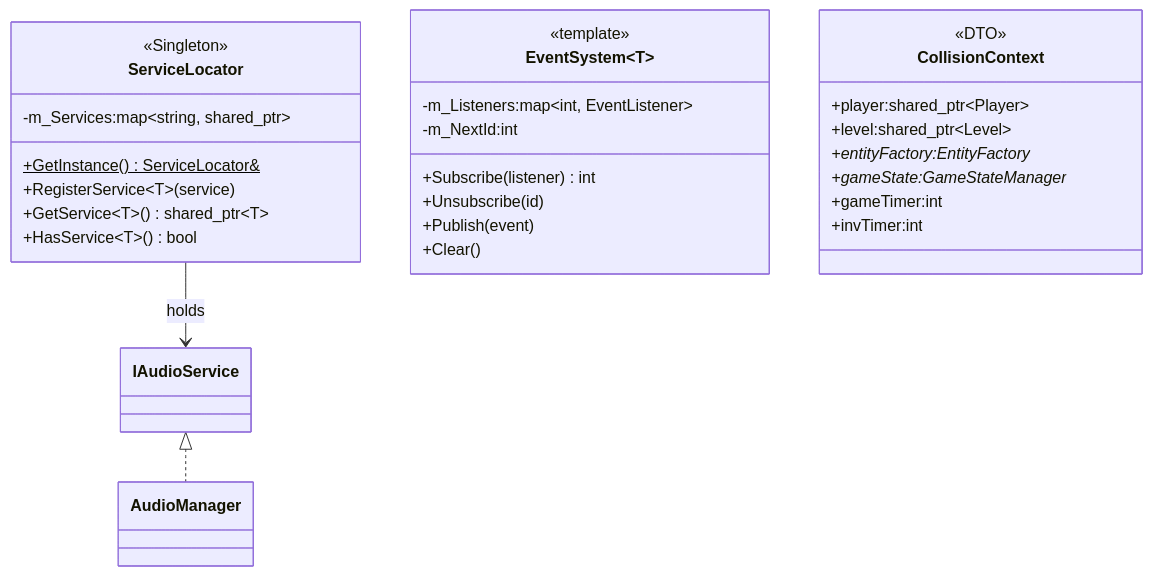
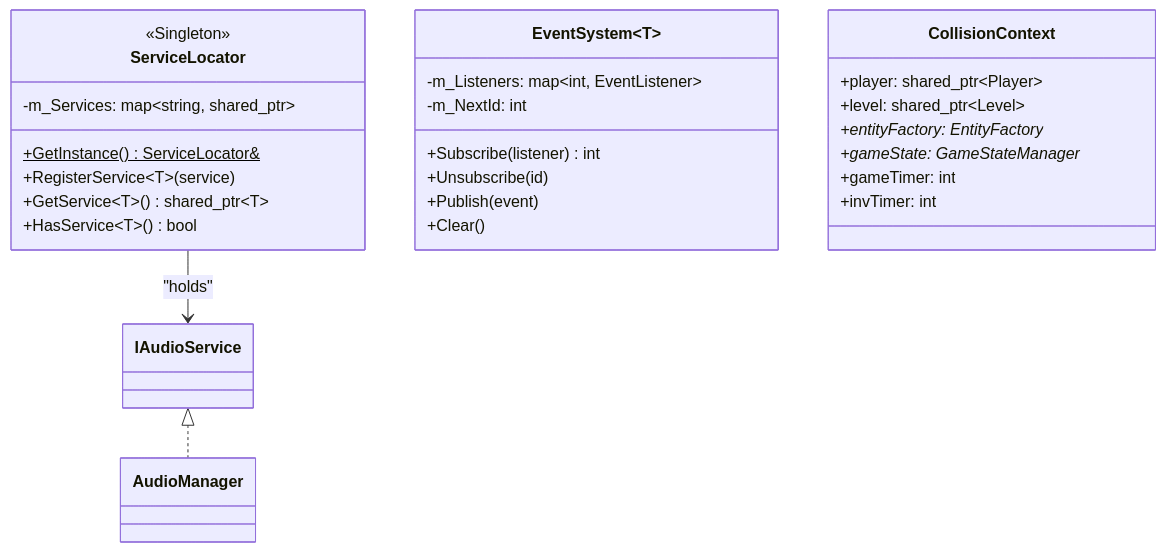
Before and after one commit to Andy87877/NTUT_OOPL_mario: the tenth of 23 diagrams in Constructure.md, drawn with Mermaid. The commit also changed other lines of this file, not shown here.

````diff
--- a/Constructure.md
+++ b/Constructure.md
@@ -728,36 +728,34 @@
 ```mermaid
 classDiagram
     direction TB
 
     class ServiceLocator {
         <<Singleton>>
-        -m_Services:map~string, shared_ptr~
+        -m_Services: map~string, shared_ptr~
         +GetInstance()$ ServiceLocator&
         +RegisterService~T~(service)
         +GetService~T~() shared_ptr~T~
         +HasService~T~() bool
     }
 
     class EventSystem~T~ {
-        <<template>>
-        -m_Listeners:map~int, EventListener~
-        -m_NextId:int
+        -m_Listeners: map~int, EventListener~
+        -m_NextId: int
         +Subscribe(listener) int
         +Unsubscribe(id)
         +Publish(event)
         +Clear()
     }
 
     class CollisionContext {
-        <<DTO>>
-        +player:shared_ptr~Player~
-        +level:shared_ptr~Level~
-        +entityFactory:EntityFactory*
-        +gameState:GameStateManager*
-        +gameTimer:int
-        +invTimer:int
+        +player: shared_ptr~Player~
+        +level: shared_ptr~Level~
+        +entityFactory: EntityFactory*
+        +gameState: GameStateManager*
+        +gameTimer: int
+        +invTimer: int
     }
 
-    ServiceLocator --> IAudioService : holds
+    ServiceLocator --> IAudioService : "holds"
     IAudioService <|.. AudioManager
 ```
````
